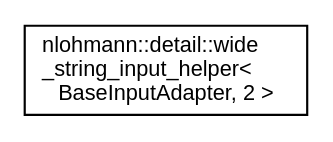
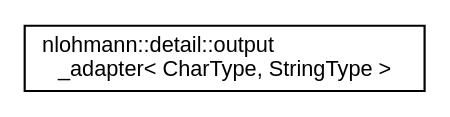
Before and after one commit to feelpp/feelpp: the diagram in inherit_graph_686.dot, drawn with Graphviz. The commit also changed 1416 other files, not shown here.

```diff
--- a/inherit_graph_686.dot
+++ b/inherit_graph_686.dot
@@ -1,8 +1,8 @@
 digraph "Graphical Class Hierarchy"
 {
  // LATEX_PDF_SIZE
   edge [fontname="Helvetica",fontsize="10",labelfontname="Helvetica",labelfontsize="10"];
   node [fontname="Helvetica",fontsize="10",shape=record];
   rankdir="LR";
-  Node0 [label="nlohmann::detail::wide\l_string_input_helper\<\l BaseInputAdapter, 2 \>",height=0.2,width=0.4,color="black", fillcolor="white", style="filled",URL="$structnlohmann_1_1detail_1_1wide__string__input__helper_3_01BaseInputAdapter_00_012_01_4.html",tooltip=" "];
+  Node0 [label="nlohmann::detail::output\l_adapter\< CharType, StringType \>",height=0.2,width=0.4,color="black", fillcolor="white", style="filled",URL="$classnlohmann_1_1detail_1_1output__adapter.html",tooltip=" "];
 }
```
